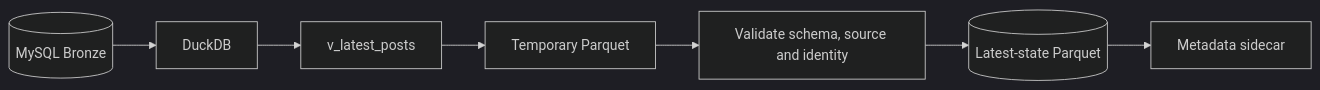
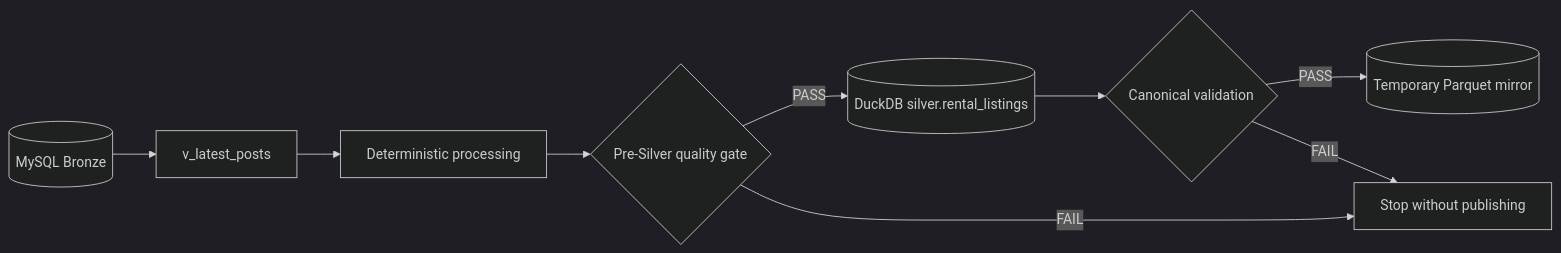
One commit to HauCoder2005/roombeacon-system changed the diagram in docs/analytics/SILVER_DATASET_PIPELINE.md. Above: the diagram before and after it, drawn with Mermaid (dark theme). The commit also changed other lines of this file and 14 other files, not shown here.

````diff
--- a/docs/analytics/SILVER_DATASET_PIPELINE.md
+++ b/docs/analytics/SILVER_DATASET_PIPELINE.md
@@ -15,9 +16,11 @@
 ```mermaid
 flowchart LR
-    M[(MySQL Bronze)] --> D[DuckDB]
-    D --> V[v_latest_posts]
-    V --> T[Temporary Parquet]
-    T --> Q[Validate schema, source and identity]
-    Q --> P[(Latest-state Parquet)]
-    P --> X[Metadata sidecar]
+    B[(MySQL Bronze)] --> V[v_latest_posts]
+    V --> P[Deterministic processing]
+    P --> G{Pre-Silver quality gate}
+    G -->|PASS| S[(DuckDB silver.rental_listings)]
+    S --> Q{Canonical validation}
+    Q -->|PASS| M[(Temporary Parquet mirror)]
+    G -->|FAIL| X[Stop without publishing]
+    Q -->|FAIL| X
 ```
````
